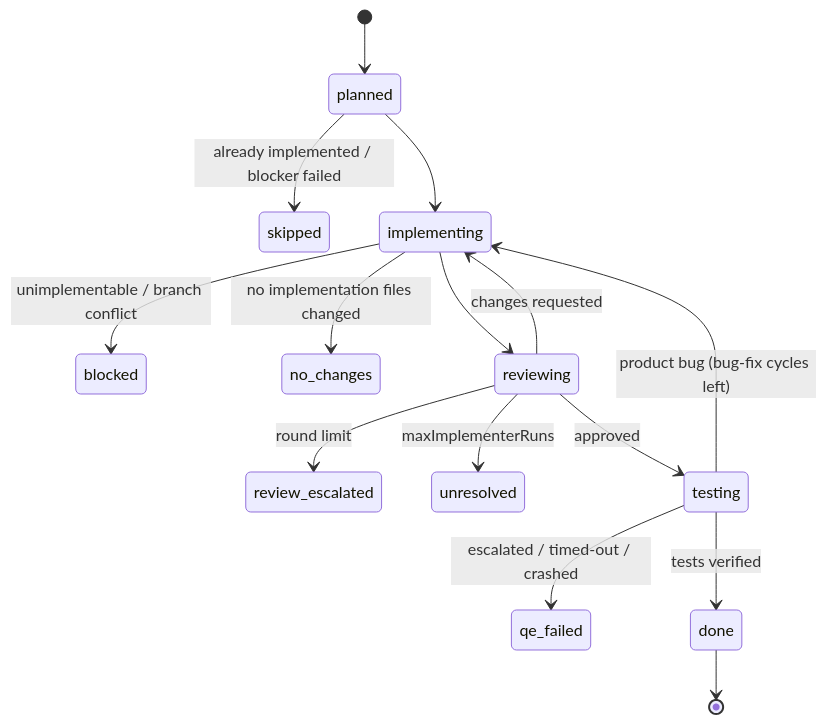
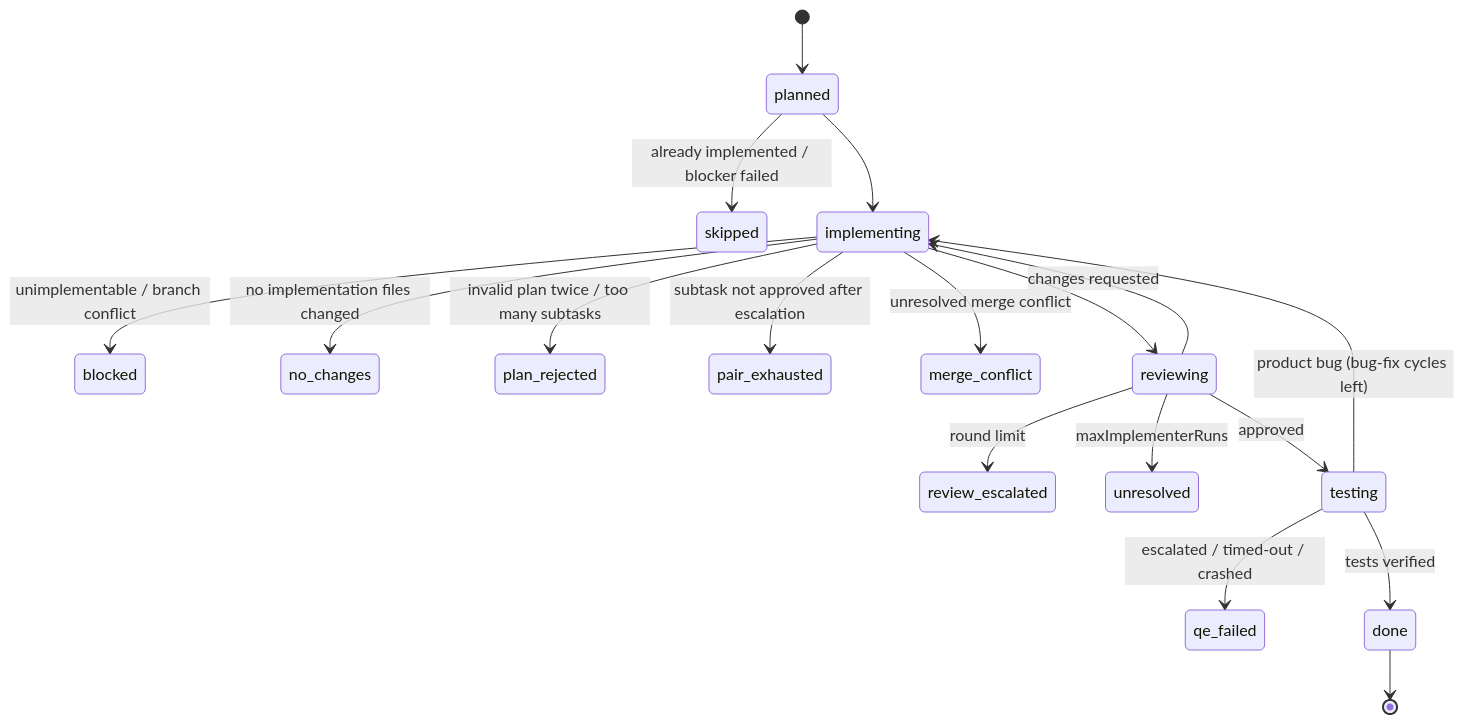
Before and after one commit to armandodollia-slalom/AI-Immersion-eShop: the third of 3 diagrams in docs/ai-pipeline/README.md, drawn with Mermaid. The commit also changed other lines of this file and 48 other files, not shown here.

````diff
--- a/docs/ai-pipeline/README.md
+++ b/docs/ai-pipeline/README.md
@@ -124,17 +131,20 @@
 ```mermaid
 stateDiagram-v2
   [*] --> planned
   planned --> skipped: already implemented / blocker failed
   planned --> implementing
   implementing --> blocked: unimplementable / branch conflict
   implementing --> no_changes: no implementation files changed
+  implementing --> plan_rejected: invalid plan twice / too many subtasks
+  implementing --> pair_exhausted: subtask not approved after escalation
+  implementing --> merge_conflict: unresolved merge conflict
   implementing --> reviewing
   reviewing --> implementing: changes requested
   reviewing --> review_escalated: round limit
   reviewing --> unresolved: maxImplementerRuns
   reviewing --> testing: approved
   testing --> implementing: product bug (bug-fix cycles left)
   testing --> qe_failed: escalated / timed-out / crashed
   testing --> done: tests verified
   done --> [*]
 ```
````
